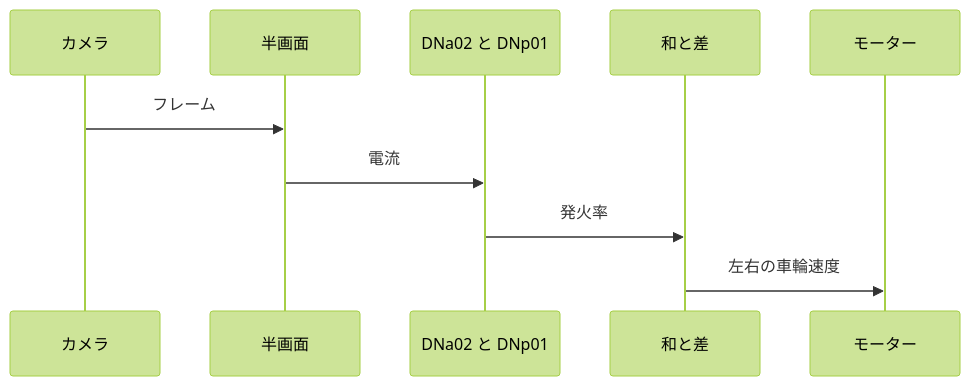
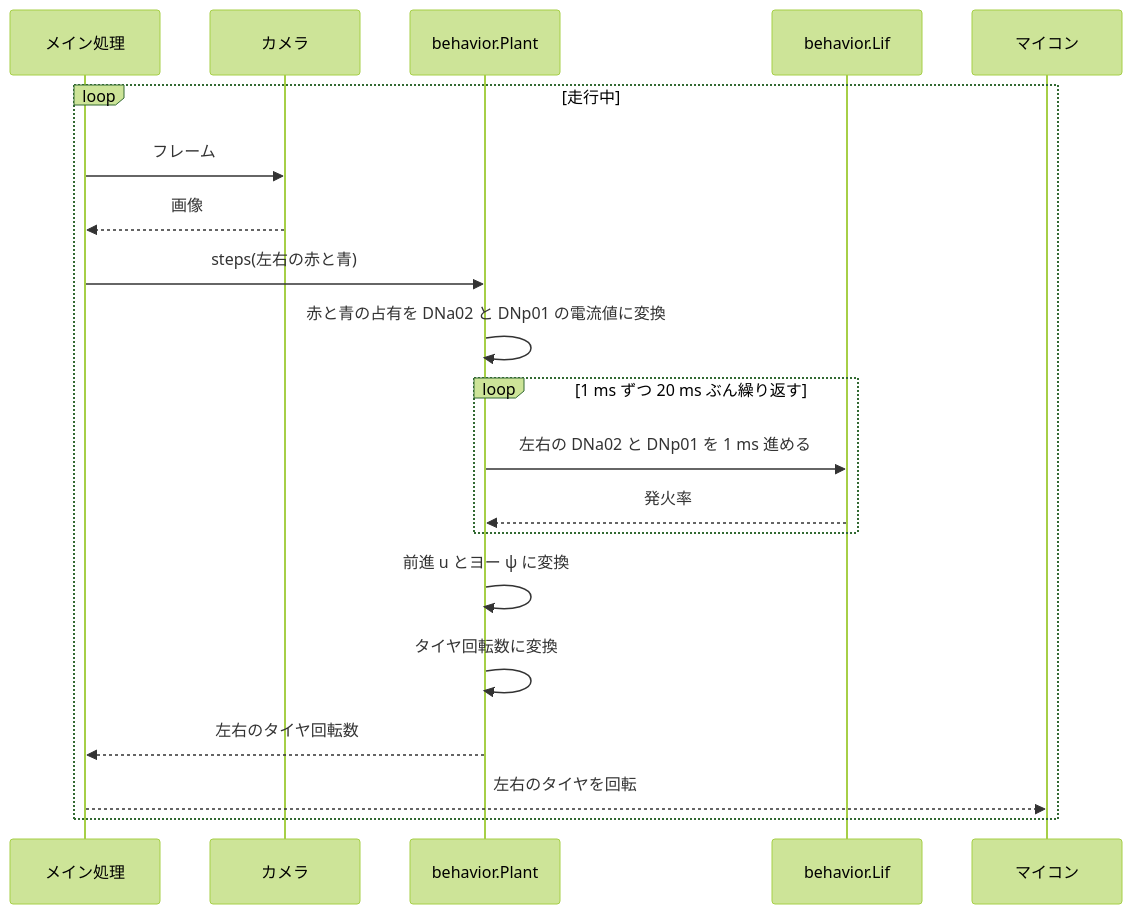
One commit to hamling-ling/fly-car changed the second of 2 diagrams in README.md. Above: the diagram before and after it, drawn with Mermaid (forest theme). The commit also changed other lines of this file, not shown here.

````diff
--- a/README.md
+++ b/README.md
@@ -106,12 +152,22 @@
 ```mermaid
 sequenceDiagram
+  participant Main as メイン処理
   participant Cam as カメラ
-  participant Count as 半画面
-  participant Cell as DNa02 と DNp01
-  participant Law as 和と差
-  participant Motor as モーター
-  Cam->>Count: フレーム
-  Count->>Cell: 電流
-  Cell->>Law: 発火率
-  Law->>Motor: 左右の車輪速度
+  participant Plant as behavior.Plant
+  participant Lif as behavior.Lif
+  participant Mcu as マイコン
+  loop 走行中
+    Main->>Cam: フレーム
+    Cam-->>Main: 画像
+    Main->>Plant: steps(左右の赤と青)
+    Plant->>Plant: 赤と青の占有を DNa02 と DNp01 の電流値に変換
+    loop 1 ms ずつ 20 ms ぶん繰り返す
+      Plant->>Lif: 左右の DNa02 と DNp01 を 1 ms 進める
+      Lif-->>Plant: 発火率
+    end
+    Plant->>Plant: 前進 u とヨー ψ に変換
+    Plant->>Plant: タイヤ回転数に変換
+    Plant-->>Main: 左右のタイヤ回転数
+    Main-->>Mcu: 左右のタイヤを回転
+  end
 ```
````
